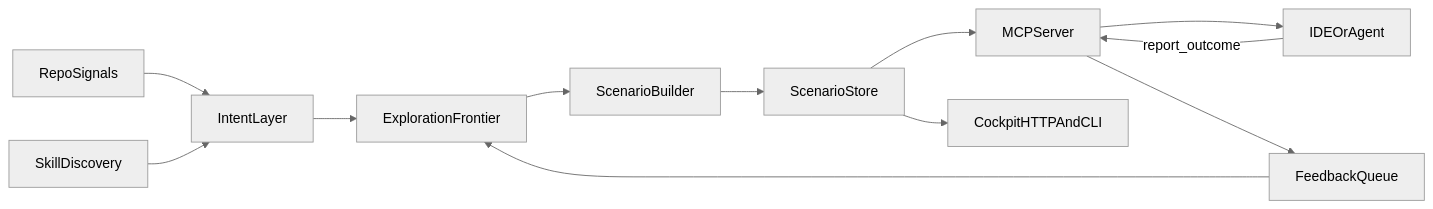
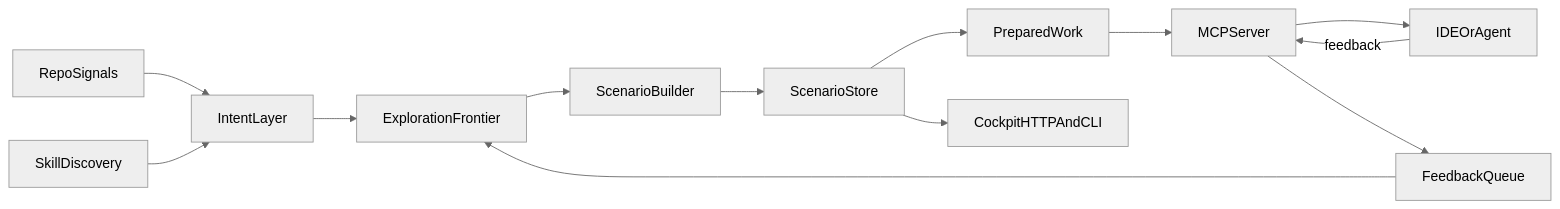
Before and after one commit to Borgels/vaner-docs: the diagram in content/docs/architecture.mdx, drawn with Mermaid (neutral theme). The commit also changed other lines of this file and 32 other files, not shown here.

First line of the commit message:
docs: refresh Prepared Work and MCP documentation (#31)

````diff
--- a/content/docs/architecture.mdx
+++ b/content/docs/architecture.mdx
@@ -25,14 +29,15 @@
 ```mermaid
 flowchart LR
   Repo[RepoSignals] --> Intent[IntentLayer]
   Skills[SkillDiscovery] --> Intent
   Intent --> Frontier[ExplorationFrontier]
   Frontier --> Builder[ScenarioBuilder]
   Builder --> Store[ScenarioStore]
-  Store --> MCP[MCPServer]
+  Store --> Prepared[PreparedWork]
+  Prepared --> MCP[MCPServer]
   MCP --> Agent[IDEOrAgent]
-  Agent -->|report_outcome| MCP
+  Agent -->|feedback| MCP
   MCP --> Feedback[FeedbackQueue]
   Feedback --> Frontier
   Store --> Cockpit[CockpitHTTPAndCLI]
 ```
````
